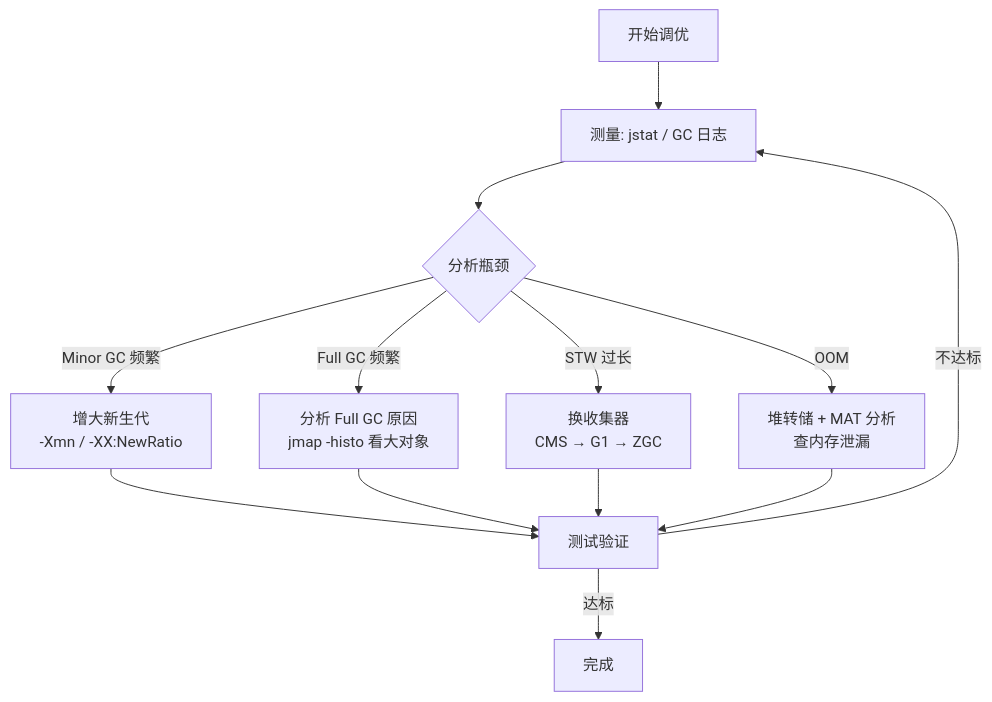
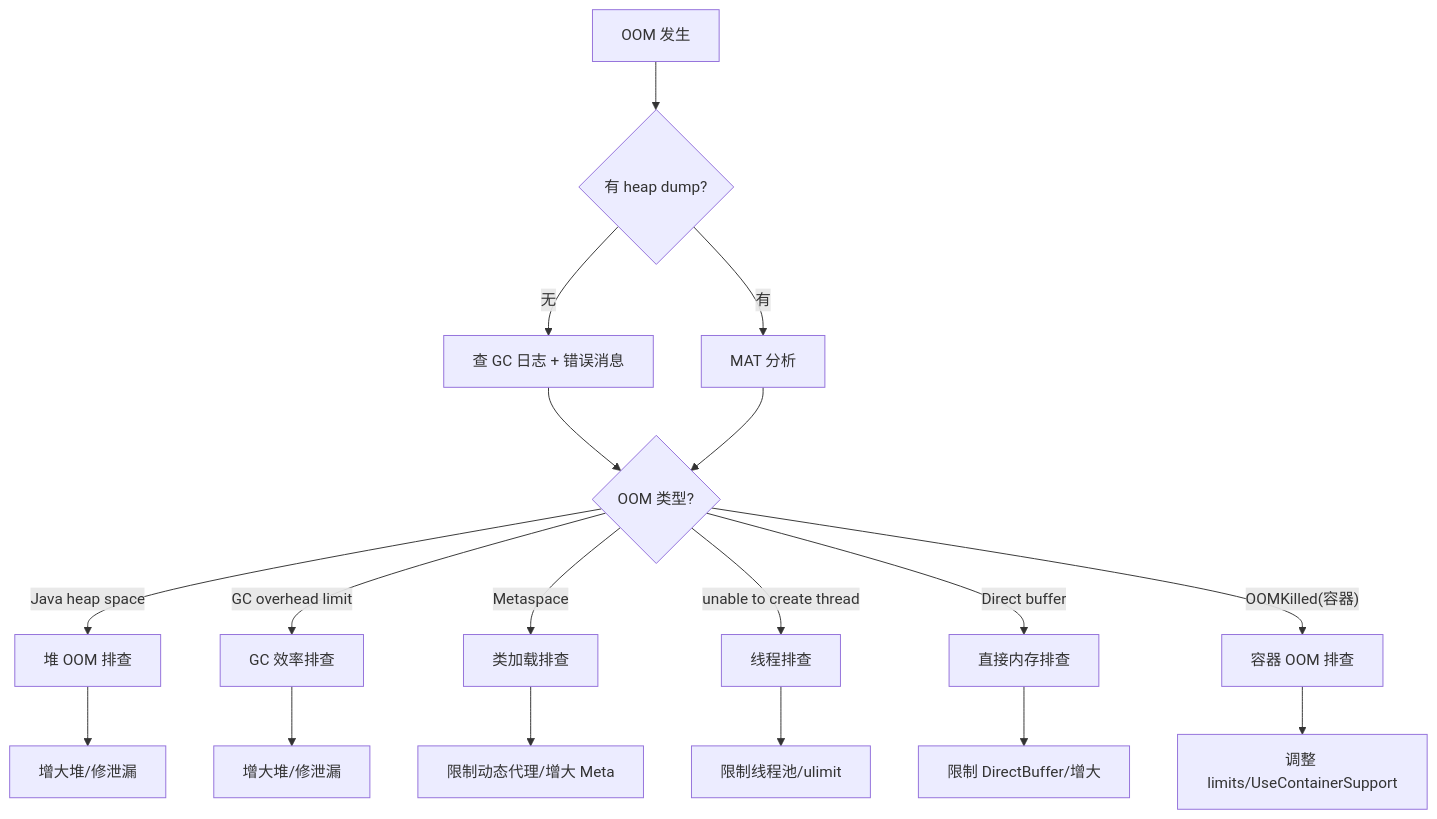
One commit to SilkLee/full-stack-guide changed diagram 18 of 25 in jvm-source-deep-dive.md. Above: the diagram before and after it, drawn with Mermaid. The commit also changed other lines of this file, not shown here.

Commit message:
Enrich sections 11-12: 5 real-world tuning scenarios, detailed tool outputs, 5 leak patterns, 6 OOM types with step-by-step diagnosis, MAT analysis guide, quick decision table

````diff
--- a/jvm-source-deep-dive.md
+++ b/jvm-source-deep-dive.md
@@ -772,17 +913,24 @@
 ```mermaid
 flowchart TD
-    Start["开始调优"] --> Measure["测量: jstat / GC 日志"]
-    Measure --> Analyze{"分析瓶颈"}
+    OOM["OOM 发生"] --> DUMP{"有 heap dump?"}
     
-    Analyze -->|"Minor GC 频繁"| Minor["增大新生代<br/>-Xmn / -XX:NewRatio"]
-    Analyze -->|"Full GC 频繁"| Full["分析 Full GC 原因<br/>jmap -histo 看大对象"]
-    Analyze -->|"STW 过长"| Pause["换收集器<br/>CMS → G1 → ZGC"]
-    Analyze -->|"OOM"| OOM["堆转储 + MAT 分析<br/>查内存泄漏"]
+    DUMP -->|"有"| MAT["MAT 分析"]
+    DUMP -->|"无"| LOGS["查 GC 日志 + 错误消息"]
     
-    Minor --> Test["测试验证"]
-    Full --> Test
-    Pause --> Test
-    OOM --> Test
-    Test -->|"达标"| Done["完成"]
-    Test -->|"不达标"| Measure
+    LOGS --> TYPE{"OOM 类型?"}
+    MAT --> TYPE
+    
+    TYPE -->|"Java heap space"| HEAP["堆 OOM 排查"]
+    TYPE -->|"GC overhead limit"| GCOL["GC 效率排查"]
+    TYPE -->|"Metaspace"| META["类加载排查"]
+    TYPE -->|"unable to create thread"| THREAD["线程排查"]
+    TYPE -->|"Direct buffer"| DIRECT["直接内存排查"]
+    TYPE -->|"OOMKilled(容器)"| K8S["容器 OOM 排查"]
+    
+    HEAP --> HEAP_FIX["增大堆/修泄漏"]
+    GCOL --> GC_FIX["增大堆/修泄漏"]
+    META --> META_FIX["限制动态代理/增大 Meta"]
+    THREAD --> THREAD_FIX["限制线程池/ulimit"]
+    DIRECT --> DIRECT_FIX["限制 DirectBuffer/增大"]
+    K8S --> K8S_FIX["调整 limits/UseContainerSupport"]
 ```
````
